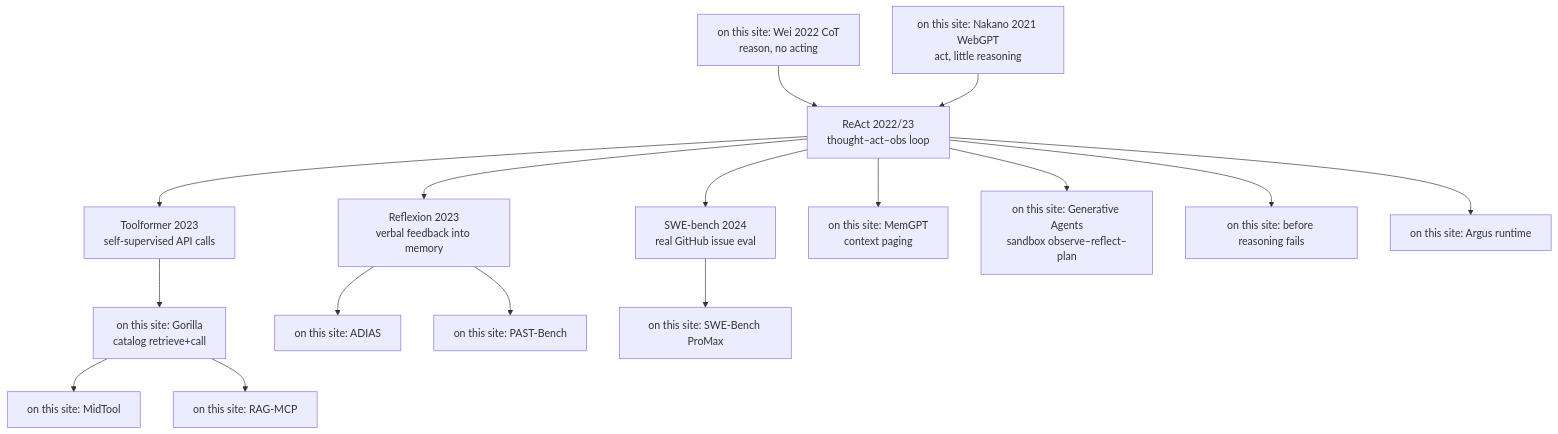
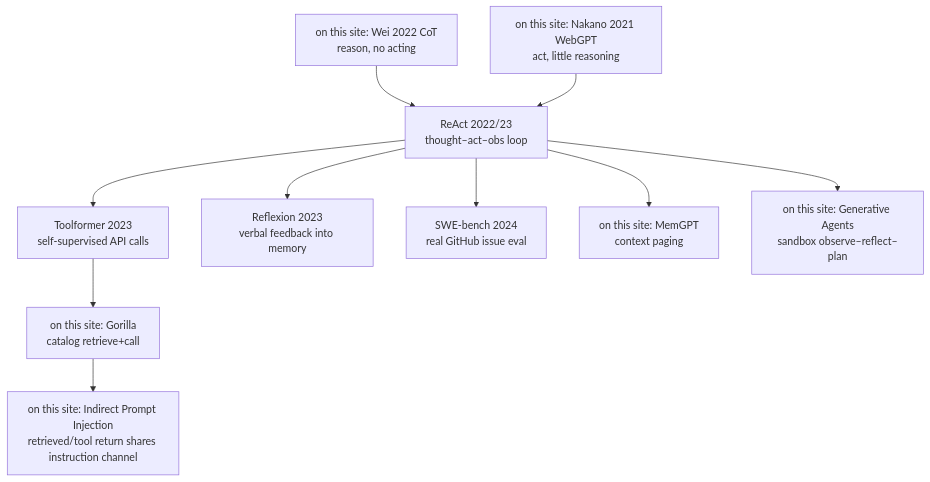
The diagram in src/content/blog/en/91-agent-method-foundation-reading-map.md (poirotw66/poirotw66.github.io), drawn with Mermaid before and after one commit. The commit also changed other lines of this file and 1 other file, not shown here.

````diff
--- a/src/content/blog/en/91-agent-method-foundation-reading-map.md
+++ b/src/content/blog/en/91-agent-method-foundation-reading-map.md
@@ -45,20 +46,14 @@
 ```mermaid
 flowchart TB
   CoT["on this site: Wei 2022 CoT<br/>reason, no acting"]
   WebGPT["on this site: Nakano 2021 WebGPT<br/>act, little reasoning"]
   CoT --> ReAct["ReAct 2022/23<br/>thought–act–obs loop"]
   WebGPT --> ReAct
   ReAct --> Toolformer["Toolformer 2023<br/>self-supervised API calls"]
   ReAct --> Reflexion["Reflexion 2023<br/>verbal feedback into memory"]
   ReAct --> SWEb["SWE-bench 2024<br/>real GitHub issue eval"]
   ReAct --> MemGPT["on this site: MemGPT<br/>context paging"]
   ReAct --> GenAgents["on this site: Generative Agents<br/>sandbox observe–reflect–plan"]
   Toolformer --> Gorilla["on this site: Gorilla<br/>catalog retrieve+call"]
-  Gorilla --> MidTool["on this site: MidTool"]
-  Gorilla --> RAGMCP["on this site: RAG-MCP"]
-  Reflexion --> ADIAS["on this site: ADIAS"]
-  Reflexion --> PAST["on this site: PAST-Bench"]
-  SWEb --> ProMax["on this site: SWE-Bench ProMax"]
-  ReAct --> ReadGate["on this site: before reasoning fails"]
-  ReAct --> Argus["on this site: Argus runtime"]
+  Gorilla --> IPI["on this site: Indirect Prompt Injection<br/>retrieved/tool return shares instruction channel"]
 ```
````
